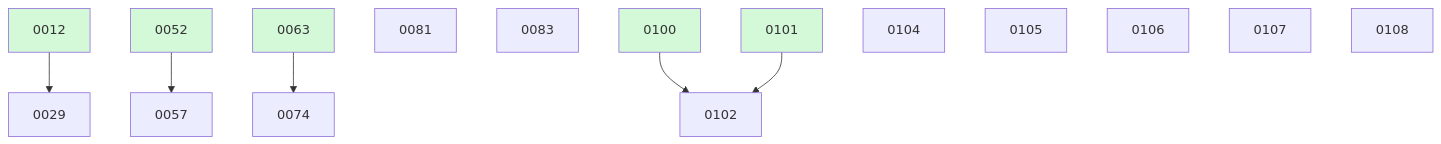
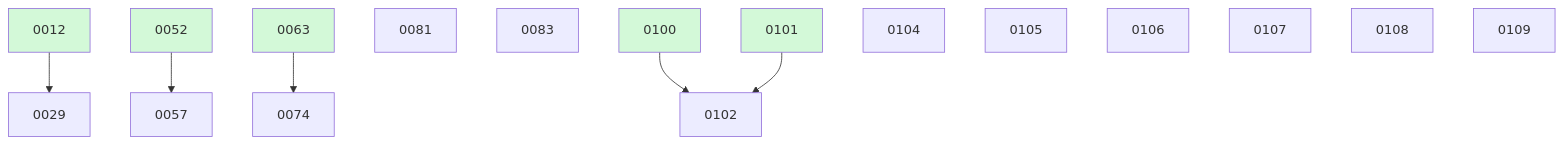
One commit to ethanhinson/fuse changed the diagram in docs/changes/BOARD.md. Above: the diagram before and after it, drawn with Mermaid. The commit also changed other lines of this file and 1 other file, not shown here.

````diff
--- a/docs/changes/BOARD.md
+++ b/docs/changes/BOARD.md
@@ -36,21 +37,22 @@
 ```mermaid
 graph TD
   0012 --> 0029
   0052 --> 0057
   0063 --> 0074
   0081
   0083
   0100 --> 0102
   0101 --> 0102
   0104
   0105
   0106
   0107
   0108
+  0109
   0012:::done
   0052:::done
   0063:::done
   0100:::done
   0101:::done
   classDef done fill:#d3f9d8;
 ```
````
